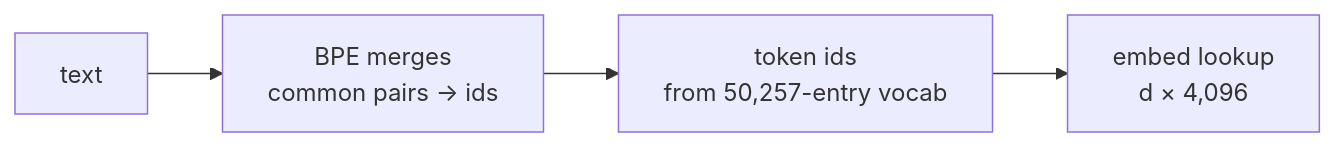
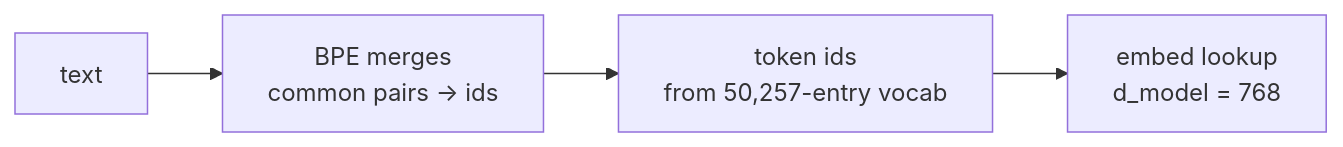
One commit to Mostakim2005/gpt-moe-3d-explainer changed the second of 11 diagrams in docs/algorithms.md. Above: the diagram before and after it, drawn with Mermaid. The commit also changed other lines of this file and 35 other files, not shown here.

````diff
--- a/docs/algorithms.md
+++ b/docs/algorithms.md
@@ -27,6 +33,6 @@
 ```mermaid
 flowchart LR
     IN[text] --> BPE[BPE merges\ncommon pairs → ids]
     BPE --> IDS[token ids\nfrom 50,257-entry vocab]
-    IDS --> EMB[embed lookup\nd × 4,096]
+    IDS --> EMB[embed lookup\nd_model = 768]
 ```
````
